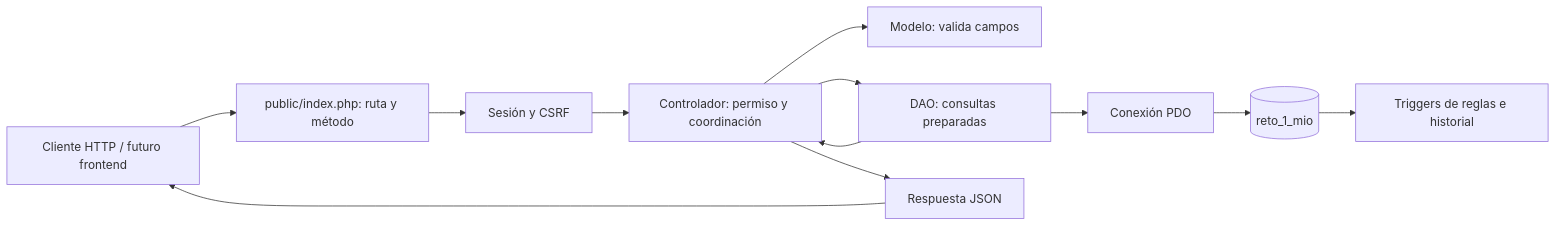
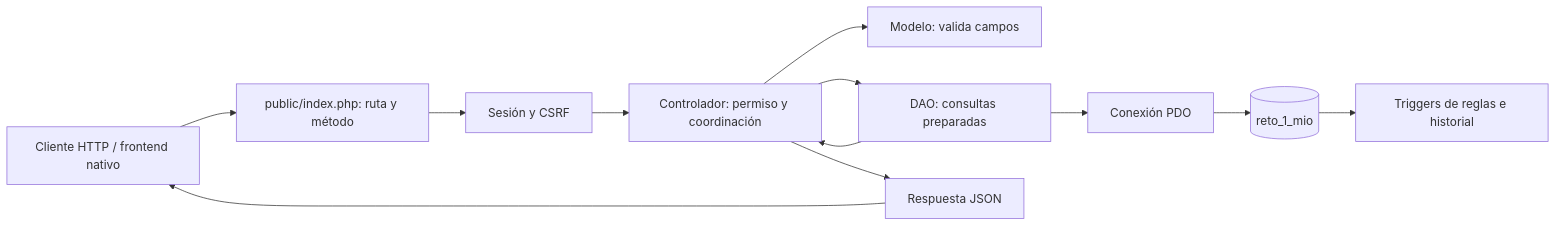
The first of 2 diagrams in docs/backend/DIAGRAMAS.md (jonatanTajada/Reto-1-mio-Tartanga-), drawn with Mermaid before and after one commit. The commit also changed 41 other files, not shown here.

Commit message:
Implementa frontend nativo por roles y comprueba integración real en Chrome

````diff
--- a/docs/backend/DIAGRAMAS.md
+++ b/docs/backend/DIAGRAMAS.md
@@ -5,14 +5,14 @@
 ```mermaid
 flowchart LR
-    Cliente[Cliente HTTP / futuro frontend] --> Entrada[public/index.php: ruta y método]
+    Cliente[Cliente HTTP / frontend nativo] --> Entrada[public/index.php: ruta y método]
     Entrada --> Seguridad[Sesión y CSRF]
     Seguridad --> Controlador[Controlador: permiso y coordinación]
     Controlador --> Modelo[Modelo: valida campos]
     Controlador --> DAO[DAO: consultas preparadas]
     DAO --> PDO[Conexión PDO]
     PDO --> BD[(reto_1_mio)]
     BD --> Triggers[Triggers de reglas e historial]
     DAO --> Controlador
     Controlador --> Vista[Respuesta JSON]
     Vista --> Cliente
 ```
````
